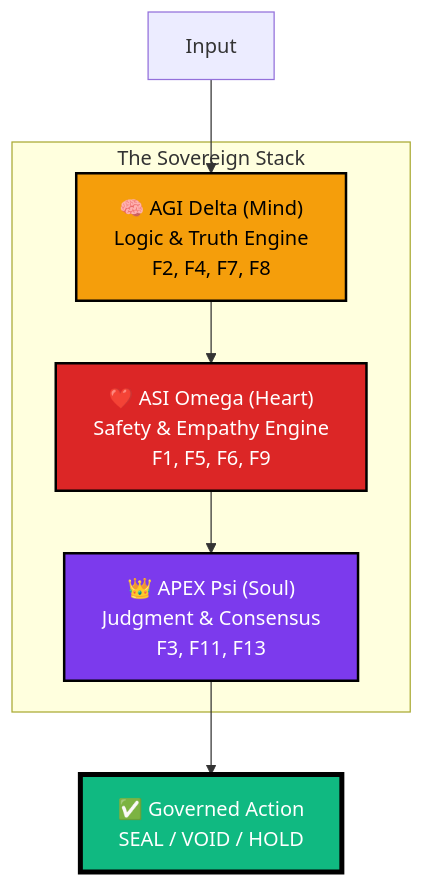
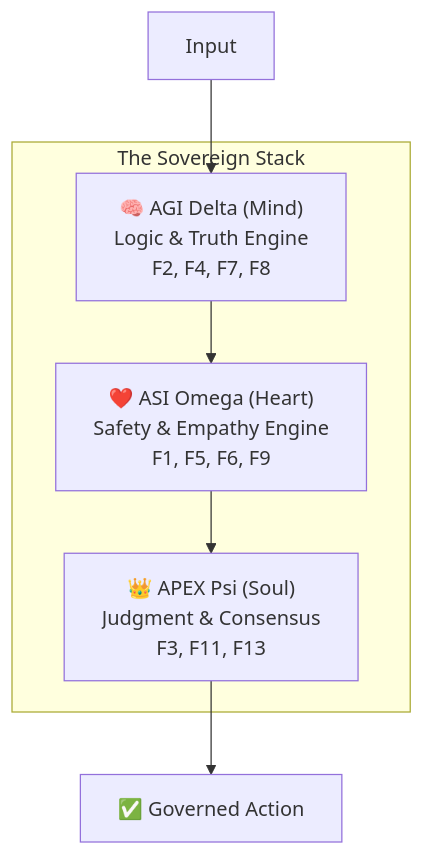
The diagram in README.md (ariffazil/arifos), drawn with Mermaid before and after one commit. The commit also changed other lines of this file, not shown here.

````diff
--- a/README.md
+++ b/README.md
@@ -118,18 +127,9 @@
 ```mermaid
 graph TD
     subgraph "The Sovereign Stack"
         MIND["🧠 AGI Delta (Mind)<br/>Logic & Truth Engine<br/>F2, F4, F7, F8"]
         HEART["❤️ ASI Omega (Heart)<br/>Safety & Empathy Engine<br/>F1, F5, F6, F9"]
         SOUL["👑 APEX Psi (Soul)<br/>Judgment & Consensus<br/>F3, F11, F13"]
     end
-
-    Input --> MIND
-    MIND --> HEART
-    HEART --> SOUL
-    SOUL --> Output["✅ Governed Action<br/>SEAL / VOID / HOLD"]
-
-    style MIND fill:#f59e0b,stroke:#000,color:#000,stroke-width:2px
-    style HEART fill:#dc2626,stroke:#000,color:#fff,stroke-width:2px
-    style SOUL fill:#7c3aed,stroke:#000,color:#fff,stroke-width:2px
-    style Output fill:#10b981,stroke:#000,color:#fff,stroke-width:4px
+    Input --> MIND --> HEART --> SOUL --> Output["✅ Governed Action"]
 ```
````
